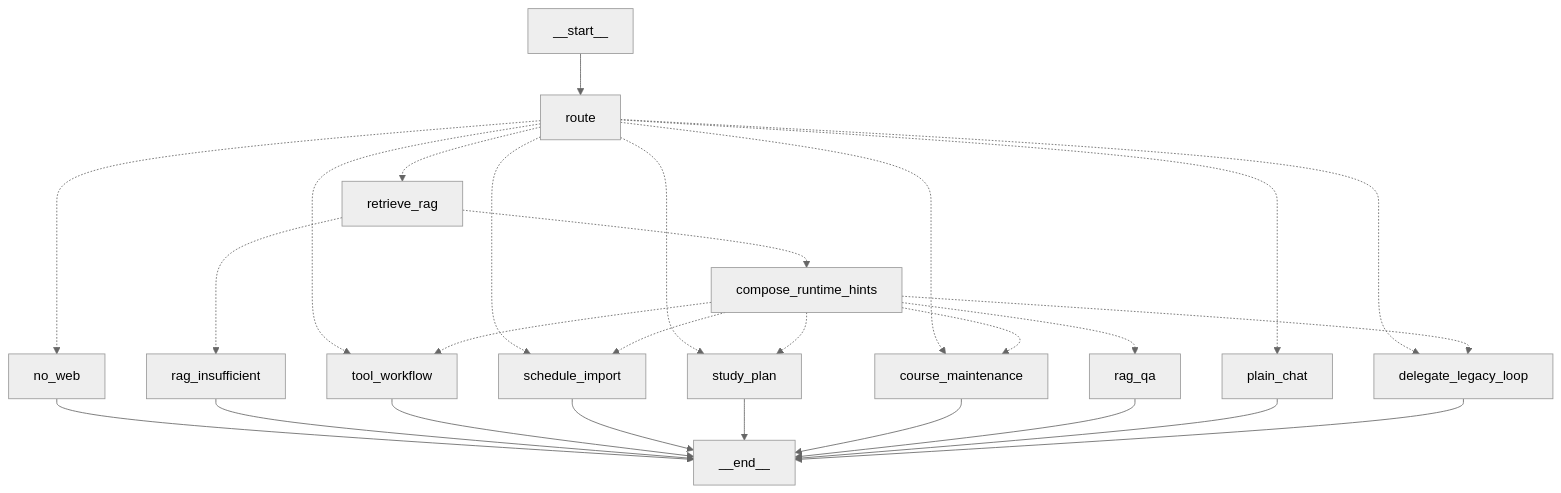
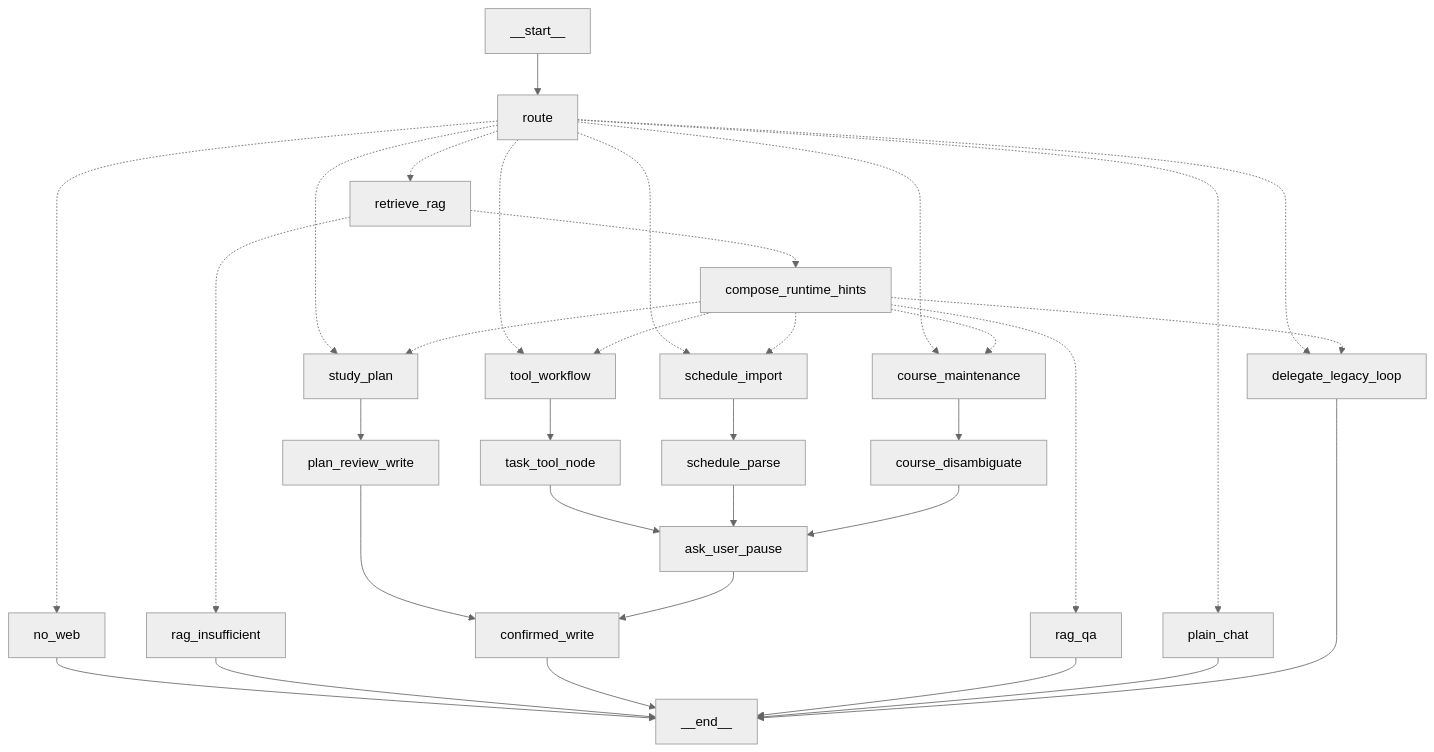
One commit to janzigc10/student-planner-agent changed the diagram in student-planner/app/agent/LANGGRAPH_MIGRATION_CONTRACTS.md. Above: the diagram before and after it, drawn with Mermaid (neutral theme). The commit also changed other lines of this file and 5 other files, not shown here.

````diff
--- a/student-planner/app/agent/LANGGRAPH_MIGRATION_CONTRACTS.md
+++ b/student-planner/app/agent/LANGGRAPH_MIGRATION_CONTRACTS.md
@@ -37,29 +39,35 @@
 ```mermaid
 graph TD
   __start__ --> route
   route -.-> no_web
   route -.-> retrieve_rag
   route -.-> tool_workflow
+  tool_workflow --> task_tool_node
+  task_tool_node --> ask_user_pause
   route -.-> schedule_import
+  schedule_import --> schedule_parse
+  schedule_parse --> ask_user_pause
   route -.-> study_plan
+  study_plan --> plan_review_write
+  plan_review_write --> confirmed_write
   route -.-> course_maintenance
+  course_maintenance --> course_disambiguate
+  course_disambiguate --> ask_user_pause
+  ask_user_pause --> confirmed_write
   route -.-> plain_chat
   route -.-> delegate_legacy_loop
   retrieve_rag -.-> rag_insufficient
   retrieve_rag -.-> compose_runtime_hints
   compose_runtime_hints -.-> rag_qa
   compose_runtime_hints -.-> tool_workflow
   compose_runtime_hints -.-> schedule_import
   compose_runtime_hints -.-> study_plan
   compose_runtime_hints -.-> course_maintenance
   compose_runtime_hints -.-> delegate_legacy_loop
   no_web --> __end__
   rag_insufficient --> __end__
-  tool_workflow --> __end__
-  schedule_import --> __end__
-  study_plan --> __end__
-  course_maintenance --> __end__
+  confirmed_write --> __end__
   rag_qa --> __end__
   plain_chat --> __end__
   delegate_legacy_loop --> __end__
 ```
````
